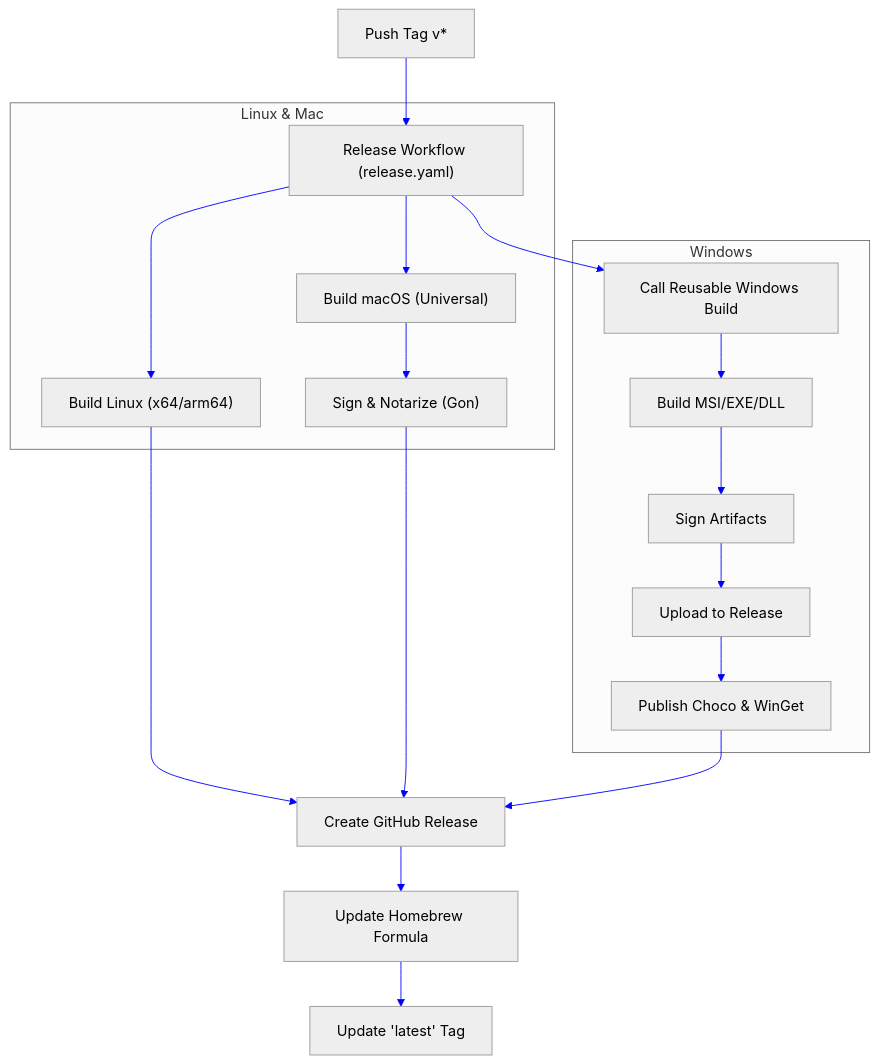
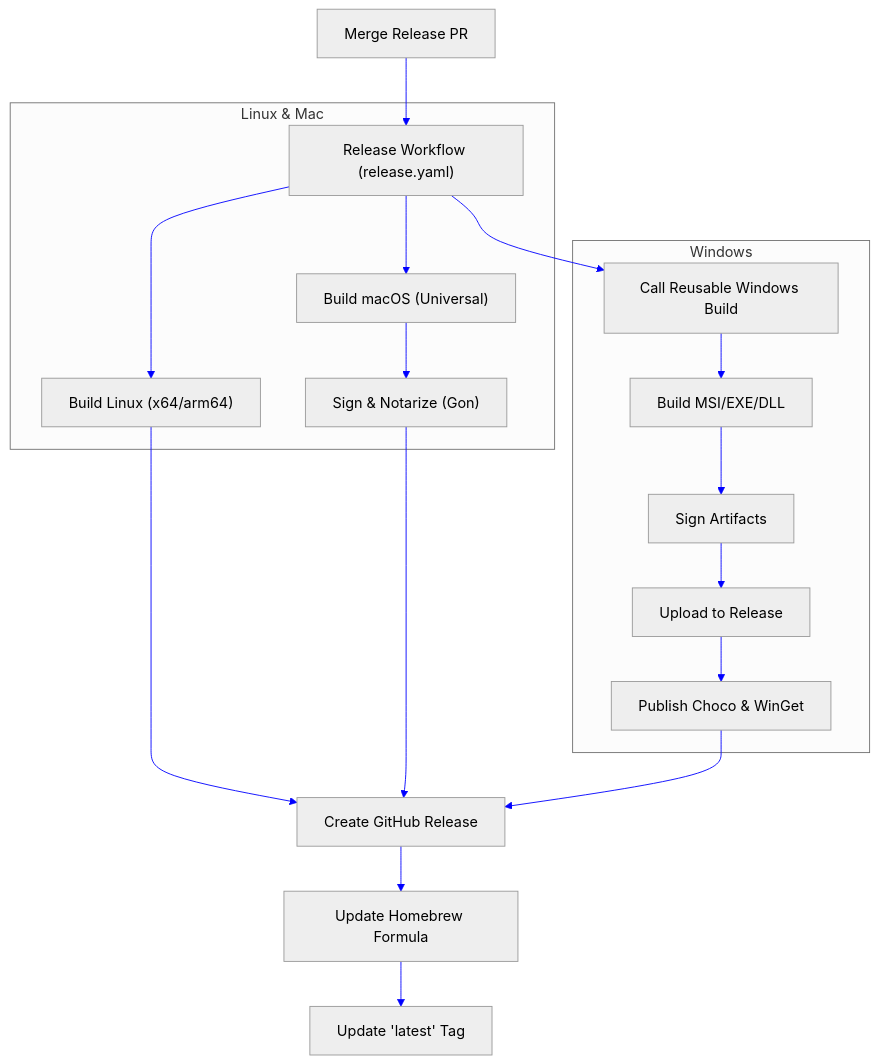
Before and after one commit to metalbear-co/mirrord: the second of 2 diagrams in .github/workflows/README.md, drawn with Mermaid. The commit also changed other lines of this file and 4 other files, not shown here.

````diff
--- a/.github/workflows/README.md
+++ b/.github/workflows/README.md
@@ -35,26 +35,26 @@
 ```mermaid
 %%{init: {'theme': 'neutral', 'themeVariables': {'lineColor': '#00f'}}}%%
 graph TD
-    A["Push Tag v*"] --> B["Release Workflow (release.yaml)"]
+    A["Merge Release PR"] --> B["Release Workflow (release.yaml)"]
     
     subgraph "Linux & Mac"
         B --> C["Build Linux (x64/arm64)"]
         B --> D["Build macOS (Universal)"]
         D --> D1["Sign & Notarize (Gon)"]
     end
 
     subgraph "Windows"
         B --> E["Call Reusable Windows Build"]
         E --> E1["Build MSI/EXE/DLL"]
         E1 --> E2["Sign Artifacts"]
         E2 --> E3["Upload to Release"]
         E3 --> E4["Publish Choco & WinGet"]
     end
     
     C --> F["Create GitHub Release"]
     D1 --> F
     E4 --> F
     
     F --> G["Update Homebrew Formula"]
     G --> H["Update 'latest' Tag"]
 ```
````
